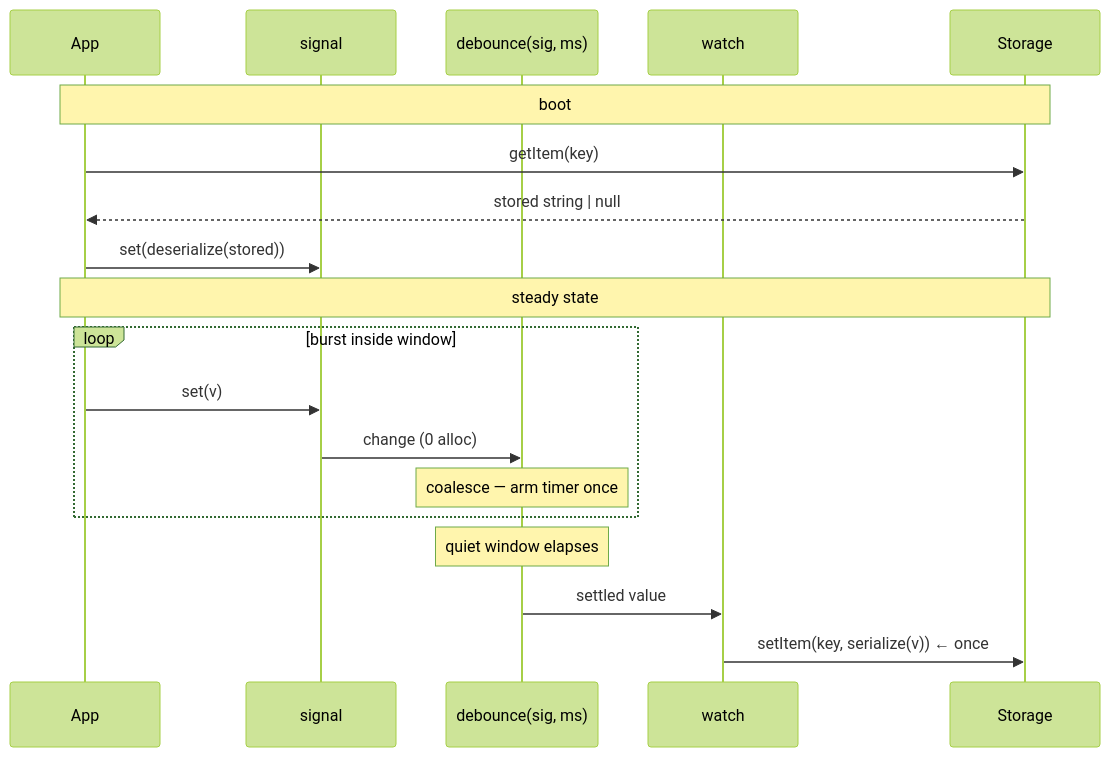
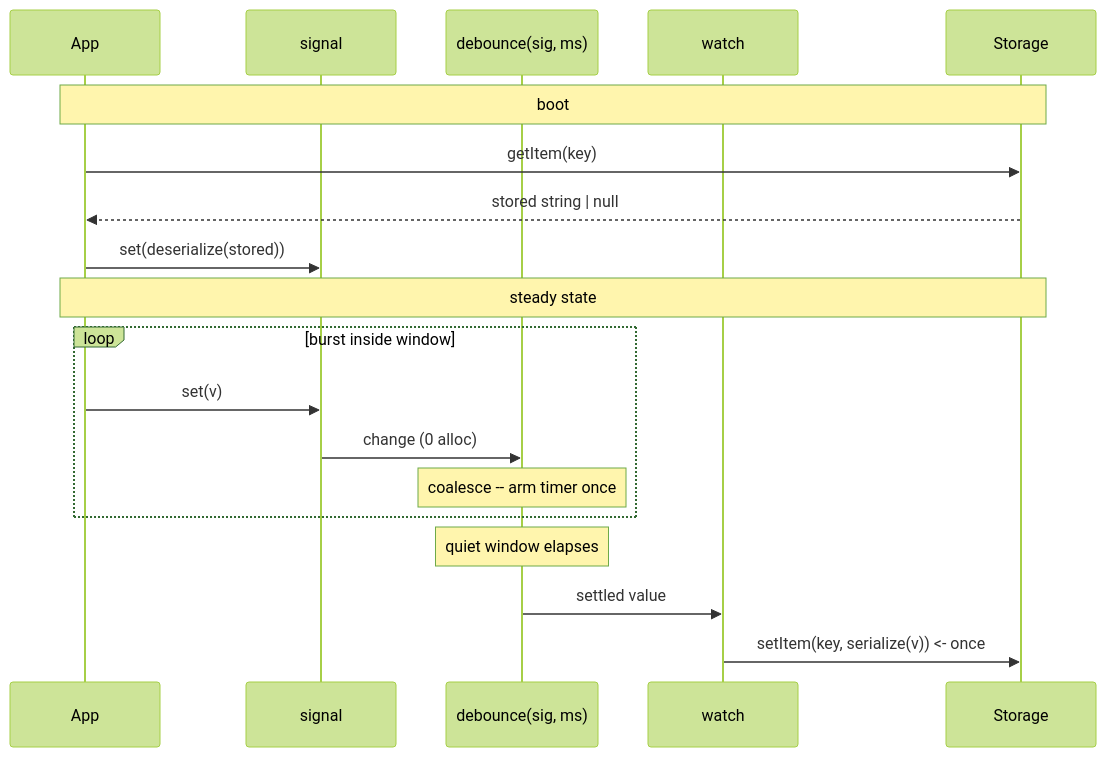
The second of 4 diagrams in README.md (PeshoVurtoleta/lite-persist), drawn with Mermaid (forest theme) before and after one commit. The commit also changed other lines of this file and 12 other files, not shown here.

````diff
--- a/README.md
+++ b/README.md
@@ -139,23 +141,23 @@
 ```mermaid
 sequenceDiagram
     participant App
     participant Sig as signal
     participant Deb as debounce(sig, ms)
     participant W as watch
     participant St as Storage
 
     Note over App,St: boot
     App->>St: getItem(key)
     St-->>App: stored string | null
     App->>Sig: set(deserialize(stored))
 
     Note over App,St: steady state
     loop burst inside window
         App->>Sig: set(v)
         Sig->>Deb: change (0 alloc)
-        Note over Deb: coalesce — arm timer once
+        Note over Deb: coalesce -- arm timer once
     end
     Note over Deb: quiet window elapses
     Deb->>W: settled value
-    W->>St: setItem(key, serialize(v))  ← once
+    W->>St: setItem(key, serialize(v))  <- once
 ```
````
